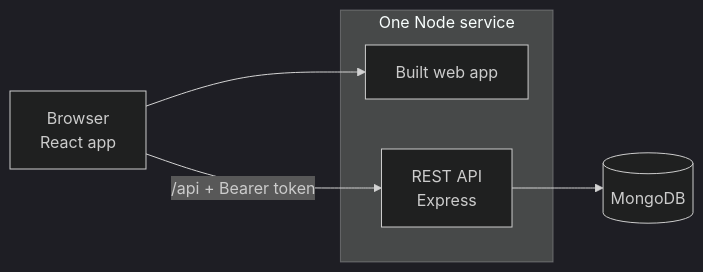
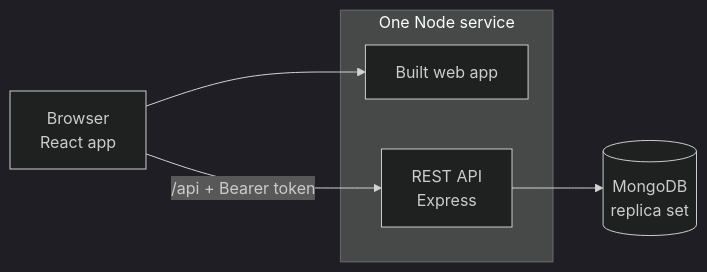
The diagram in README.md (iamrs77/foodiez), drawn with Mermaid (dark theme) before and after one commit. The commit also changed other lines of this file and 18 other files, not shown here.

First line of the commit message:
Document the order flow, search, logging and tests, with new screenshots

````diff
--- a/README.md
+++ b/README.md
@@ -28,13 +29,13 @@
 ```mermaid
 flowchart LR
   browser["Browser<br/>React app"]
   subgraph service["One Node service"]
     web["Built web app"]
     api["REST API<br/>Express"]
   end
-  db[("MongoDB")]
+  db[("MongoDB<br/>replica set")]
 
   browser --> web
   browser -- "/api + Bearer token" --> api
   api --> db
 ```
````
